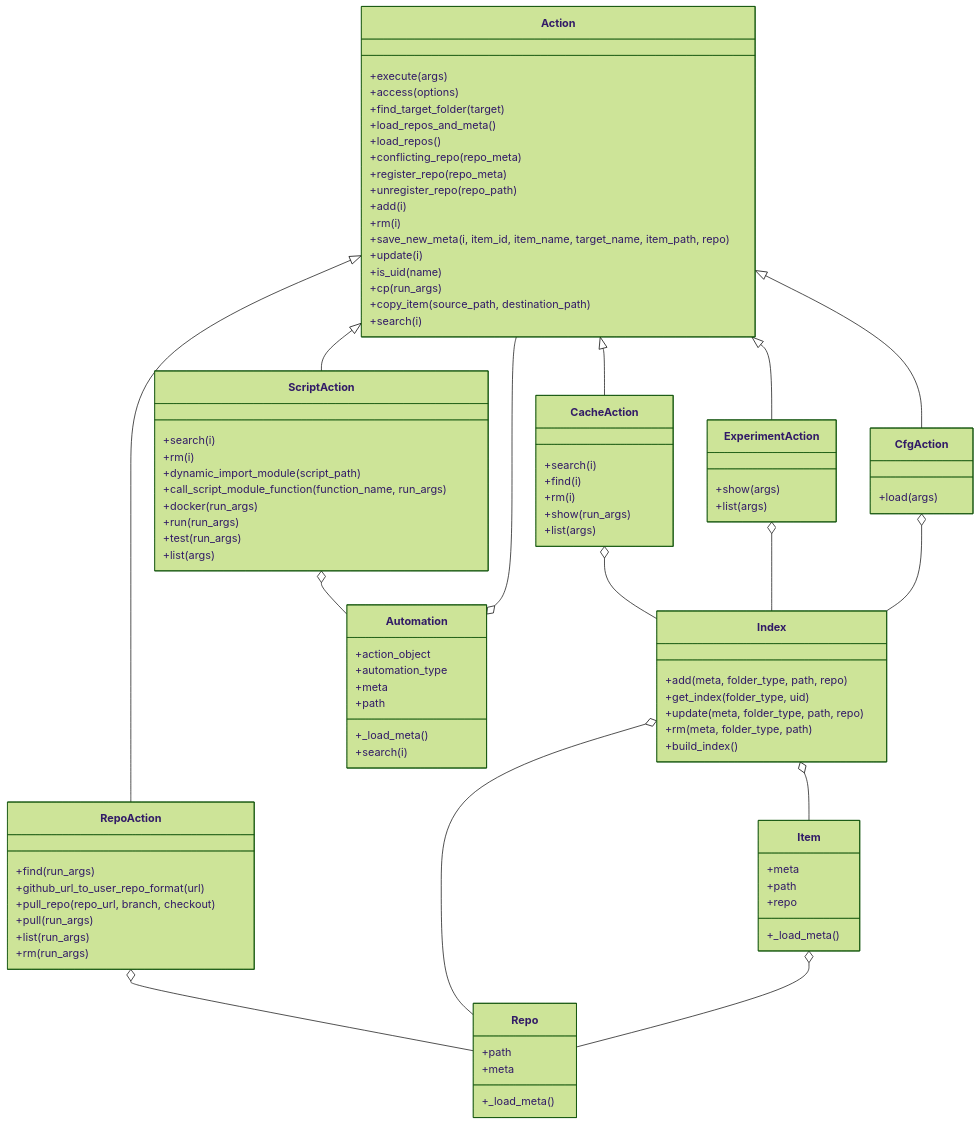
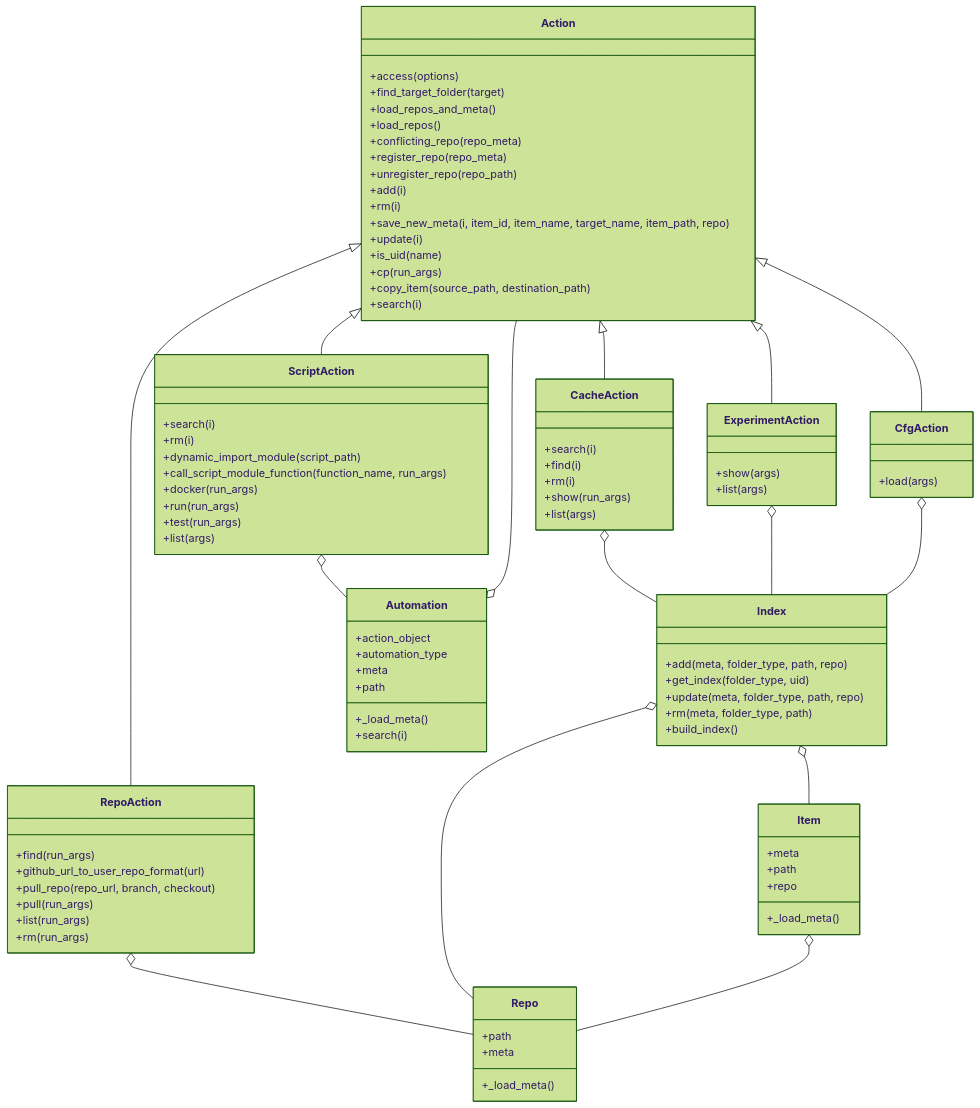
One commit to sujik18/mlcflow changed the diagram in README.md. Above: the diagram before and after it, drawn with Mermaid (forest theme).

````diff
--- a/README.md
+++ b/README.md
@@ -67,7 +67,6 @@
 ```mermaid
 classDiagram
     class Action {
-        +execute(args)
         +access(options)
         +find_target_folder(target)
         +load_repos_and_meta()
````
